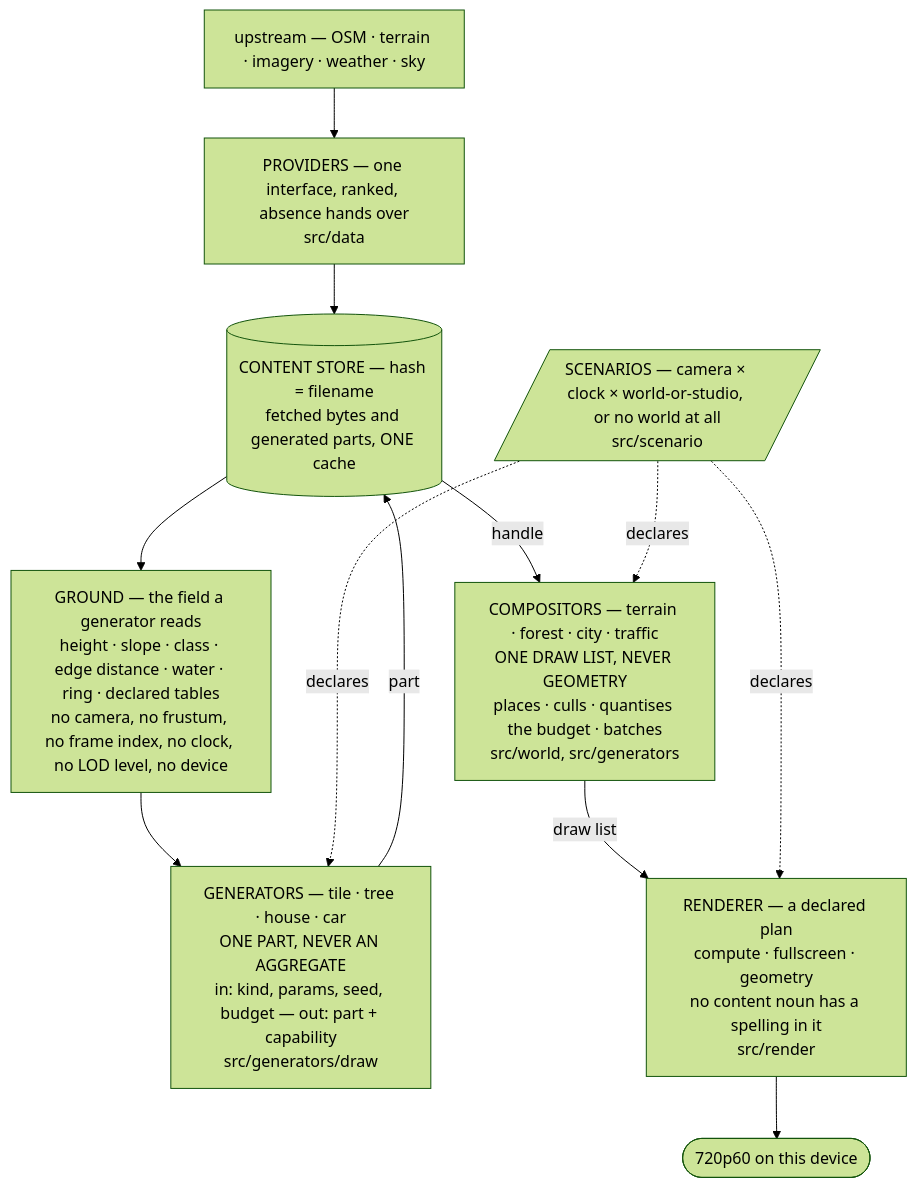
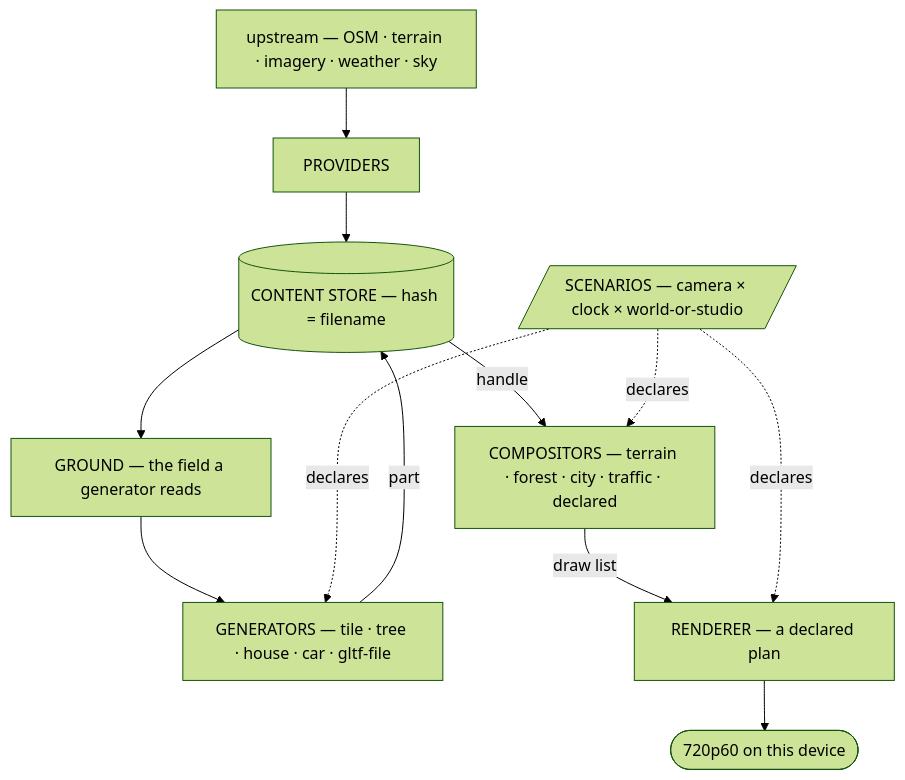
One commit to Weichwolf/outshine changed the first of 5 diagrams in CLAUDE.md. Above: the diagram before and after it, drawn with Mermaid (forest theme). The commit also changed other lines of this file, not shown here.

````diff
--- a/CLAUDE.md
+++ b/CLAUDE.md
@@ -103,21 +103,21 @@
 ```mermaid
 flowchart TD
   upstream["upstream — OSM · terrain · imagery · weather · sky"]
-  providers["PROVIDERS — one interface, ranked, absence hands over<br/>src/data"]
-  store[("CONTENT STORE — hash = filename<br/>fetched bytes and generated parts, ONE cache")]
-  field["GROUND — the field a generator reads<br/>height · slope · class · edge distance · water · ring · declared tables<br/>no camera, no frustum, no frame index, no clock, no LOD level, no device"]
-  gen["GENERATORS — tile · tree · house · car<br/>ONE PART, NEVER AN AGGREGATE<br/>in: kind, params, seed, budget — out: part + capability<br/>src/generators/draw"]
-  comp["COMPOSITORS — terrain · forest · city · traffic<br/>ONE DRAW LIST, NEVER GEOMETRY<br/>places · culls · quantises the budget · batches<br/>src/world, src/generators"]
-  rend["RENDERER — a declared plan<br/>compute · fullscreen · geometry<br/>no content noun has a spelling in it<br/>src/render"]
+  providers["PROVIDERS"]
+  store[("CONTENT STORE — hash = filename")]
+  field["GROUND — the field a generator reads"]
+  gen["GENERATORS — tile · tree · house · car · gltf-file"]
+  comp["COMPOSITORS — terrain · forest · city · traffic · declared"]
+  rend["RENDERER — a declared plan"]
   frame(["720p60 on this device"])
-  scen[/"SCENARIOS — camera × clock × world-or-studio, or no world at all<br/>src/scenario"/]
+  scen[/"SCENARIOS — camera × clock × world-or-studio"/]
 
   upstream --> providers --> store
   store --> field --> gen
   gen -->|part| store
   store -->|handle| comp
   comp -->|draw list| rend --> frame
   scen -.->|declares| gen
   scen -.->|declares| comp
   scen -.->|declares| rend
 ```
````
